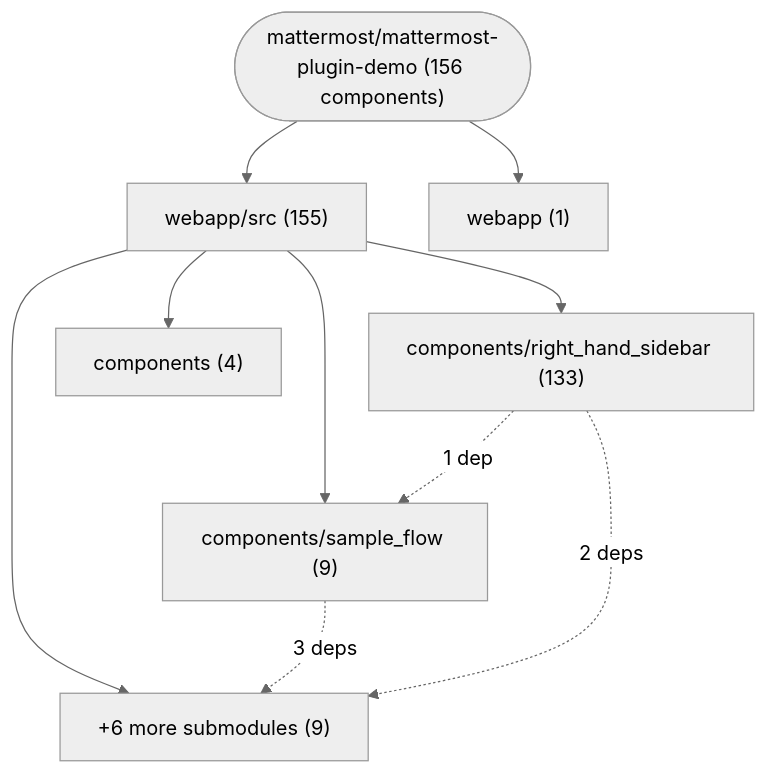
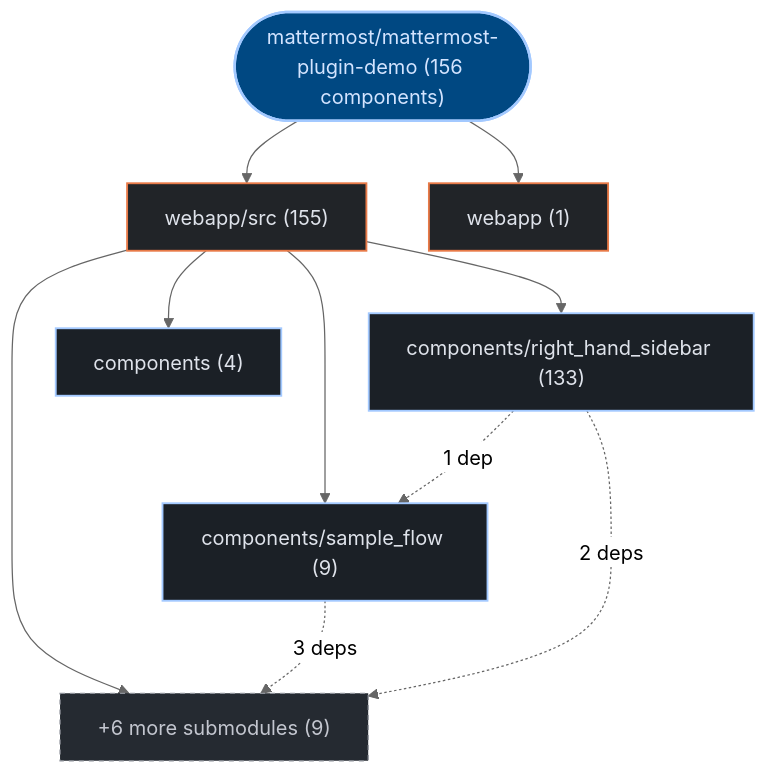
The first of 2 diagrams in exports/latest/reports/mattermost-mattermost-plugin-demo-report.md (kumarshaz/atruss-code-atlas), drawn with Mermaid (neutral theme) before and after one commit. The commit also changed other lines of this file and 331 other files, not shown here.

Commit message:
docs,ui,fix: update SDLC docs, reorder CI/CD DAG first, stylize Mermaid, and fix Arc42 pipeline topology

````diff
--- a/exports/latest/reports/mattermost-mattermost-plugin-demo-report.md
+++ b/exports/latest/reports/mattermost-mattermost-plugin-demo-report.md
@@ -42,19 +42,26 @@
 ```mermaid
 graph TD;
-    repo_root(["mattermost/mattermost-plugin-demo (156 components)"])
-    dir_0_webapp_src["webapp/src (155)"]
+  classDef atlasRoot fill:#004882,stroke:#a3c9ff,stroke-width:2px,color:#d3e4ff
+  classDef atlasCategory fill:#212428,stroke:#E87A48,stroke-width:1.5px,color:#dfe3eb
+  classDef atlasWorkflow fill:#1b2026,stroke:#a3c9ff,stroke-width:1.5px,color:#dfe3eb
+  classDef atlasJob fill:#171c22,stroke:#8d9199,stroke-width:1px,color:#dfe3eb
+  classDef atlasTarget fill:#005227,stroke:#8bd99b,stroke-width:1.5px,color:#a7f6b6
+  classDef atlasAlert fill:#93000a,stroke:#ffb4ab,stroke-width:1.5px,color:#ffdad6
+  classDef atlasMore fill:#252a31,stroke:#8d9199,stroke-dasharray:4 4,color:#c3c6cf
+    repo_root(["mattermost/mattermost-plugin-demo (156 components)"]):::atlasRoot
+    dir_0_webapp_src["webapp/src (155)"]:::atlasCategory
     repo_root --> dir_0_webapp_src
-    sub_0_0_components_right_hand_sidebar["components/right_hand_sidebar (133)"]
+    sub_0_0_components_right_hand_sidebar["components/right_hand_sidebar (133)"]:::atlasWorkflow
     dir_0_webapp_src --> sub_0_0_components_right_hand_sidebar
-    sub_0_1_components_sample_flow["components/sample_flow (9)"]
+    sub_0_1_components_sample_flow["components/sample_flow (9)"]:::atlasWorkflow
     dir_0_webapp_src --> sub_0_1_components_sample_flow
-    sub_0_2_components["components (4)"]
+    sub_0_2_components["components (4)"]:::atlasWorkflow
     dir_0_webapp_src --> sub_0_2_components
-    sub_0_more["+6 more submodules (9)"]
+    sub_0_more["+6 more submodules (9)"]:::atlasMore
     dir_0_webapp_src --> sub_0_more
-    dir_1_webapp["webapp (1)"]
+    dir_1_webapp["webapp (1)"]:::atlasCategory
     repo_root --> dir_1_webapp
     sub_0_1_components_sample_flow -.->|"3 deps"| sub_0_more
     sub_0_0_components_right_hand_sidebar -.->|"2 deps"| sub_0_more
     sub_0_0_components_right_hand_sidebar -.->|"1 dep"| sub_0_1_components_sample_flow
 ```
````
